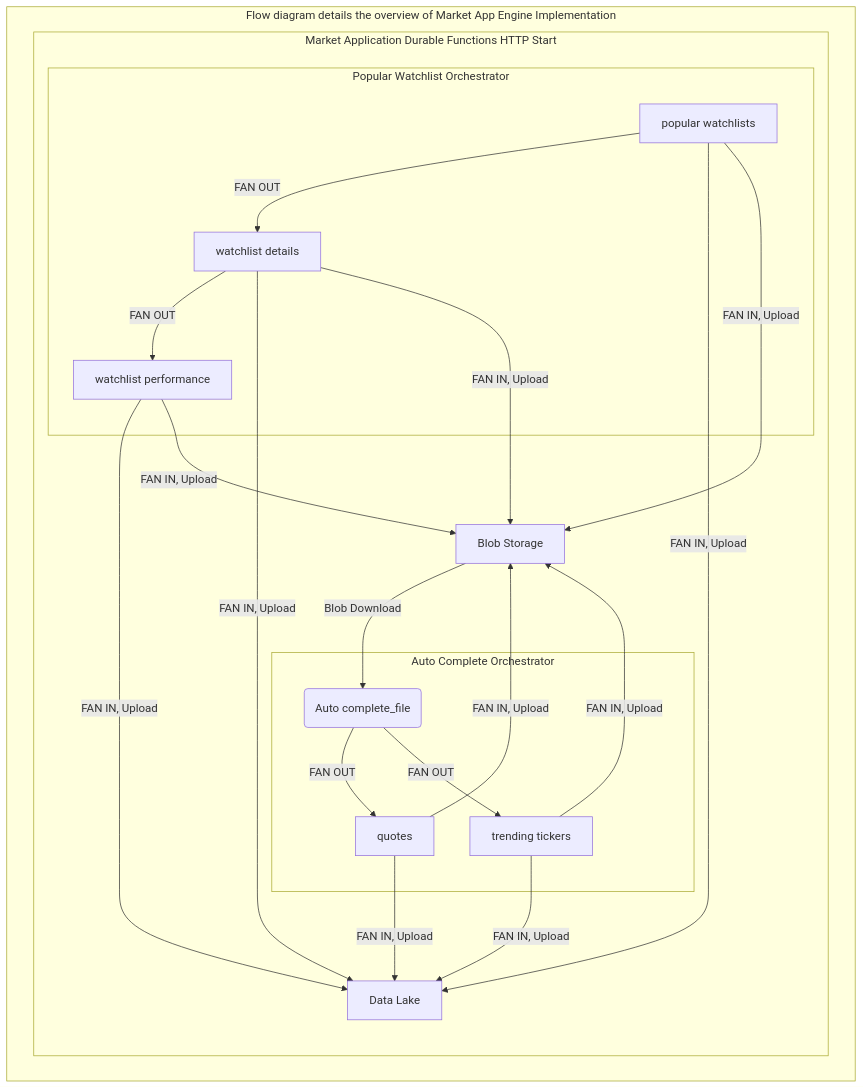
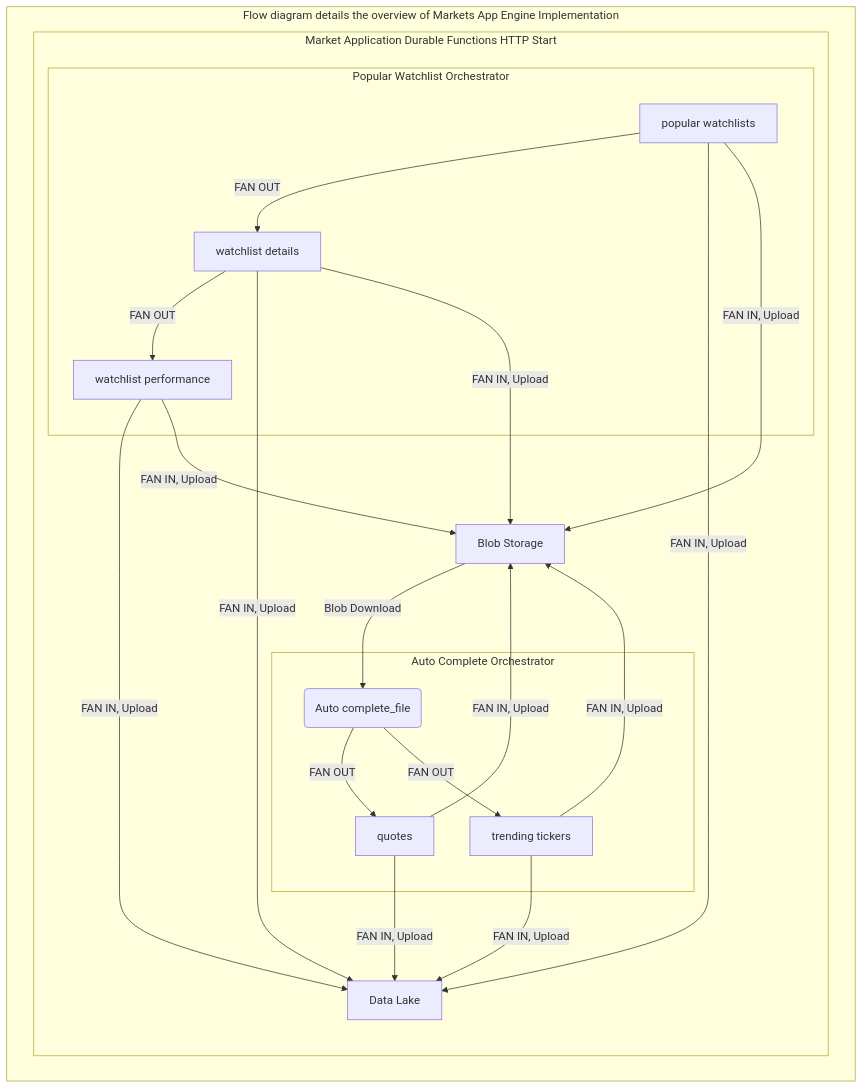
Before and after one commit to Market-Finance/marketsApp: the diagram in README.md, drawn with Mermaid. The commit also changed other lines of this file, not shown here.

````diff
--- a/README.md
+++ b/README.md
@@ -164,40 +164,40 @@
 ```mermaid
     graph TD
     A(Auto complete_file)
     B[popular watchlists]
     C[quotes]
     D[trending tickers]
     E[watchlist details]
     F[watchlist performance]
     I[Data Lake]
     J[Blob Storage]
 
-    subgraph Flow diagram details the overview of Market App Engine Implementation
+    subgraph Flow diagram details the overview of Markets App Engine Implementation
 
         J --Blob Download --> A
         subgraph Market Application Durable Functions HTTP Start
             subgraph Auto Complete Orchestrator
                 A --FAN OUT --> C
                 A --FAN OUT --> D
                 end
             
             subgraph Popular Watchlist Orchestrator
                 B -- FAN OUT --> E 
                 E -- FAN OUT --> F
                 end
             
             C -- FAN IN, Upload --> I 
             D -- FAN IN, Upload --> I
             B -- FAN IN, Upload --> I
             E -- FAN IN, Upload --> I
             F -- FAN IN, Upload --> I
 
             C -- FAN IN, Upload --> J
             D -- FAN IN, Upload --> J
             B -- FAN IN, Upload --> J
             E -- FAN IN, Upload --> J
             F -- FAN IN, Upload --> J
             end
         end
 
 ```
````
